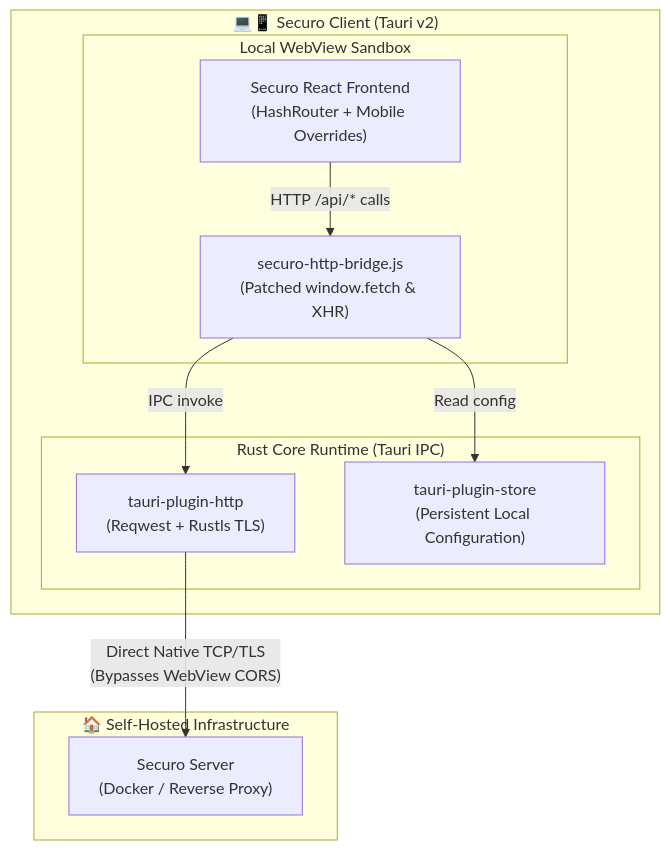
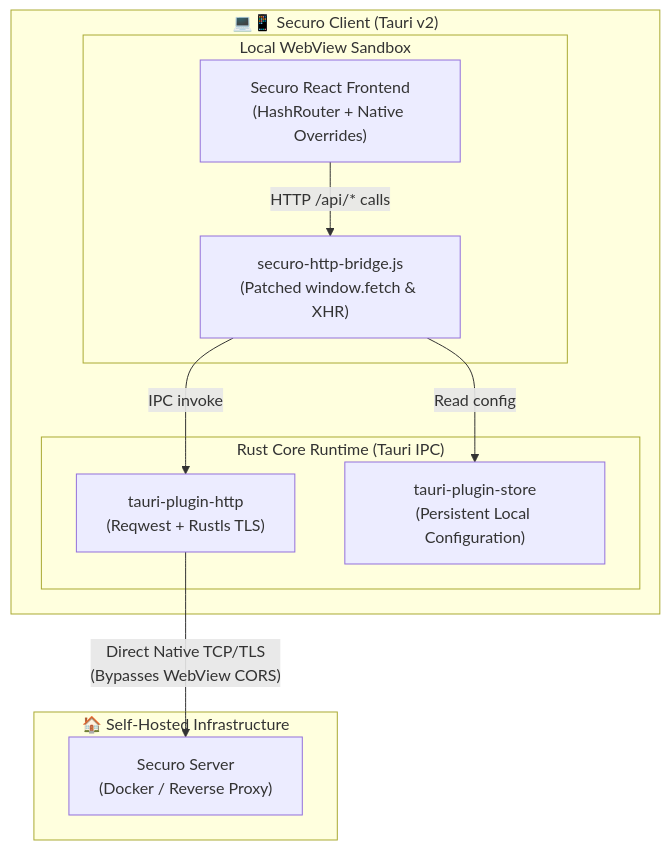
Before and after one commit to Marcelo-maga/securo-client: the diagram in README.md, drawn with Mermaid. The commit also changed other lines of this file and 4 other files, not shown here.

Commit message:
docs: align architecture diagrams and documentation with dist build flow

````diff
--- a/README.md
+++ b/README.md
@@ -59,23 +59,23 @@
 ```mermaid
 flowchart TD
     subgraph ClientApp["💻📱 Securo Client (Tauri v2)"]
         subgraph WebView["Local WebView Sandbox"]
-            UI["Securo React Frontend\n(HashRouter + Mobile Overrides)"]
+            UI["Securo React Frontend\n(HashRouter + Native Overrides)"]
             Bridge["securo-http-bridge.js\n(Patched window.fetch & XHR)"]
             UI -->|"HTTP /api/* calls"| Bridge
         end
 
         subgraph RustCore["Rust Core Runtime (Tauri IPC)"]
             PluginHttp["tauri-plugin-http\n(Reqwest + Rustls TLS)"]
             Store["tauri-plugin-store\n(Persistent Local Configuration)"]
             Bridge -->|"IPC invoke"| PluginHttp
             Bridge -->|"Read config"| Store
         end
     end
 
     subgraph Homelab["🏠 Self-Hosted Infrastructure"]
         Server["Securo Server\n(Docker / Reverse Proxy)"]
     end
 
     PluginHttp -->|"Direct Native TCP/TLS\n(Bypasses WebView CORS)"| Server
 ```
````
